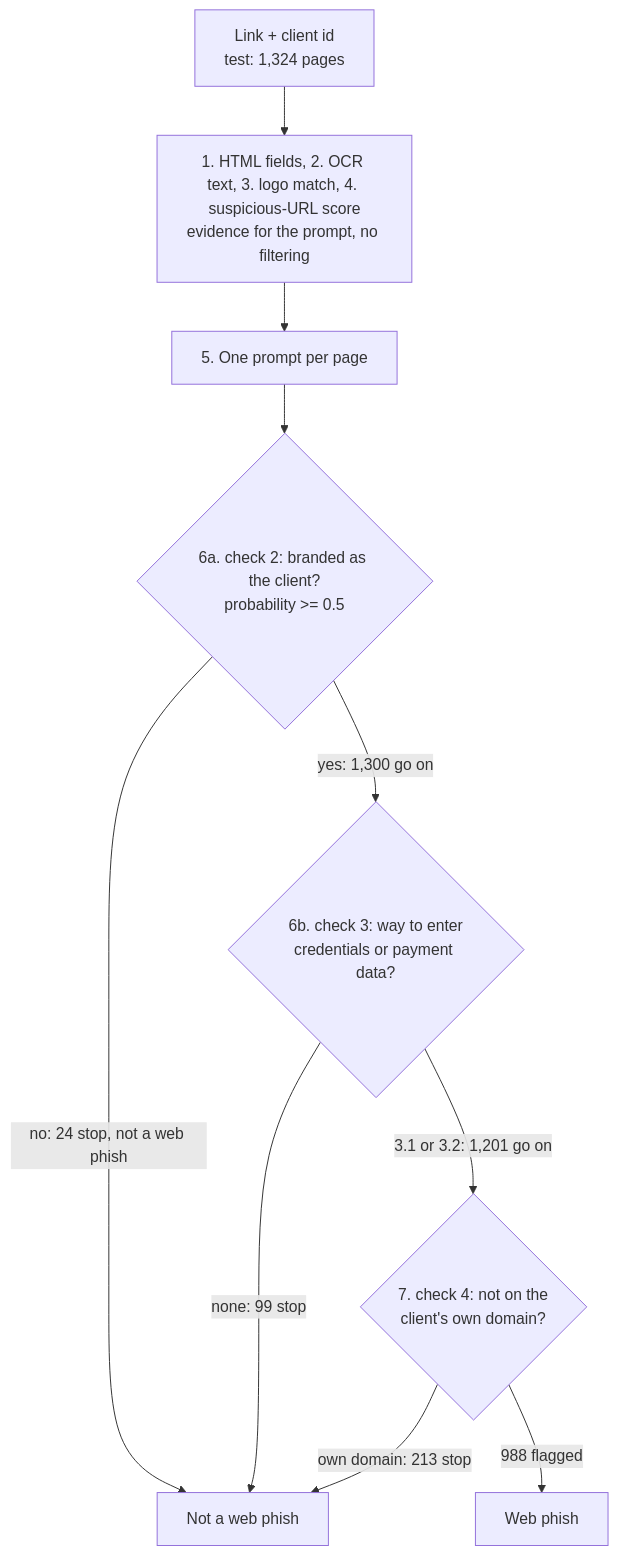
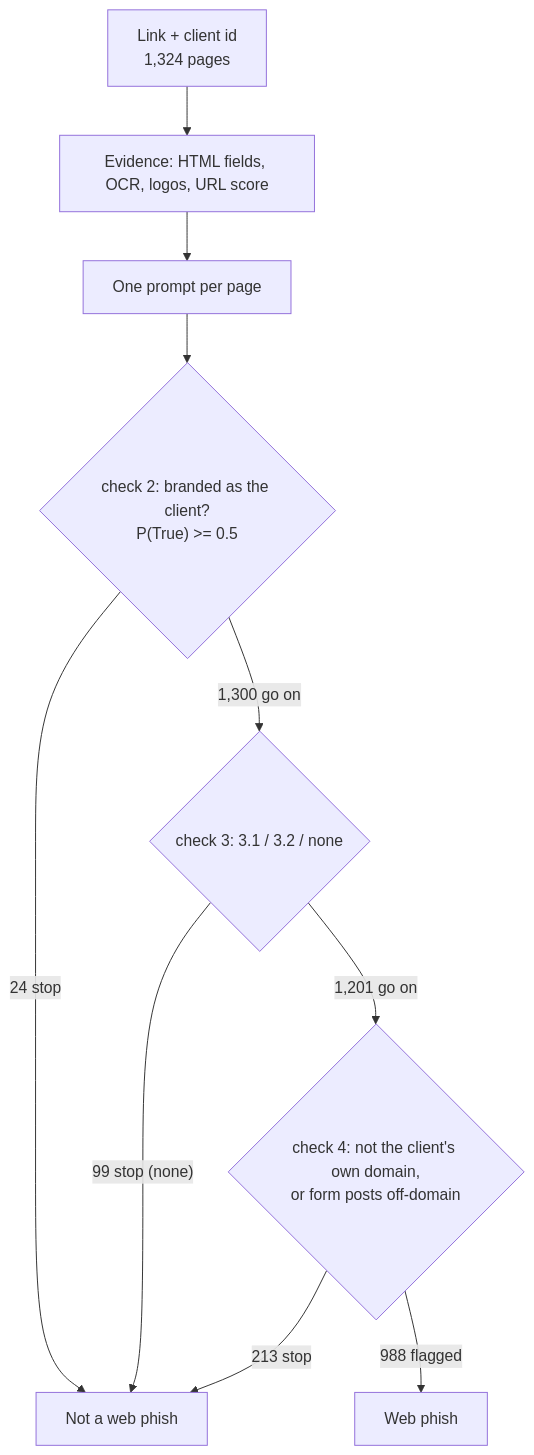
Before and after one commit to JayJajooEAI/DRP: the diagram in inference/WebPhish/README.md, drawn with Mermaid. The commit also changed other lines of this file and 5 other files, not shown here.

````diff
--- a/inference/WebPhish/README.md
+++ b/inference/WebPhish/README.md
@@ -52,12 +30,12 @@
 ```mermaid
 flowchart TD
-    A["Link + client id<br/>test: 1,324 pages"] --> B["1. HTML fields, 2. OCR text, 3. logo match, 4. suspicious-URL score<br/>evidence for the prompt, no filtering"]
-    B --> C["5. One prompt per page"]
-    C --> D{"6a. check 2: branded as the client?<br/>probability >= 0.5"}
-    D -->|"no: 24 stop, not a web phish"| N["Not a web phish"]
-    D -->|"yes: 1,300 go on"| E{"6b. check 3: way to enter<br/>credentials or payment data?"}
-    E -->|"none: 99 stop"| N
-    E -->|"3.1 or 3.2: 1,201 go on"| F{"7. check 4: not on the<br/>client's own domain?"}
-    F -->|"own domain: 213 stop"| N
+    A["Link + client id<br/>1,324 pages"] --> B["Evidence: HTML fields, OCR, logos, URL score"]
+    B --> C["One prompt per page"]
+    C --> D{"check 2: branded as the client?<br/>P(True) >= 0.5"}
+    D -->|"24 stop"| N["Not a web phish"]
+    D -->|"1,300 go on"| E{"check 3: 3.1 / 3.2 / none"}
+    E -->|"99 stop (none)"| N
+    E -->|"1,201 go on"| F{"check 4: not the client's own domain,<br/>or form posts off-domain"}
+    F -->|"213 stop"| N
     F -->|"988 flagged"| Y["Web phish"]
 ```
````
